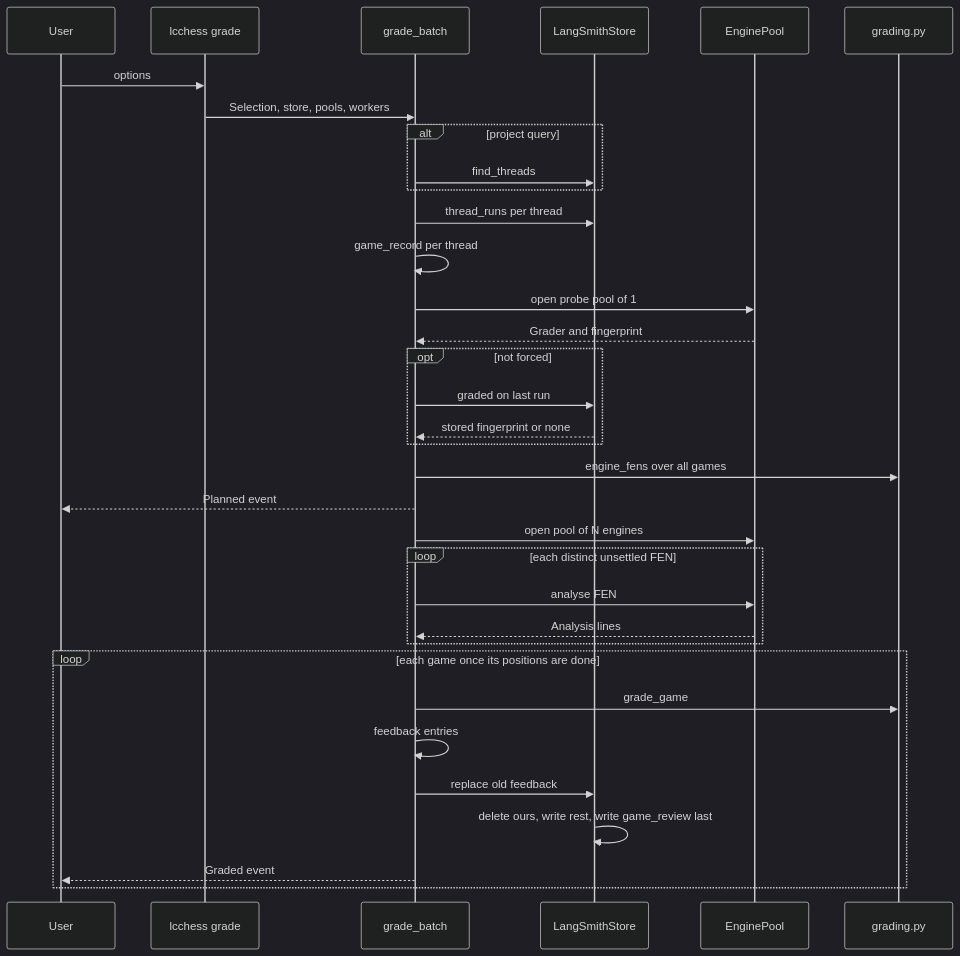
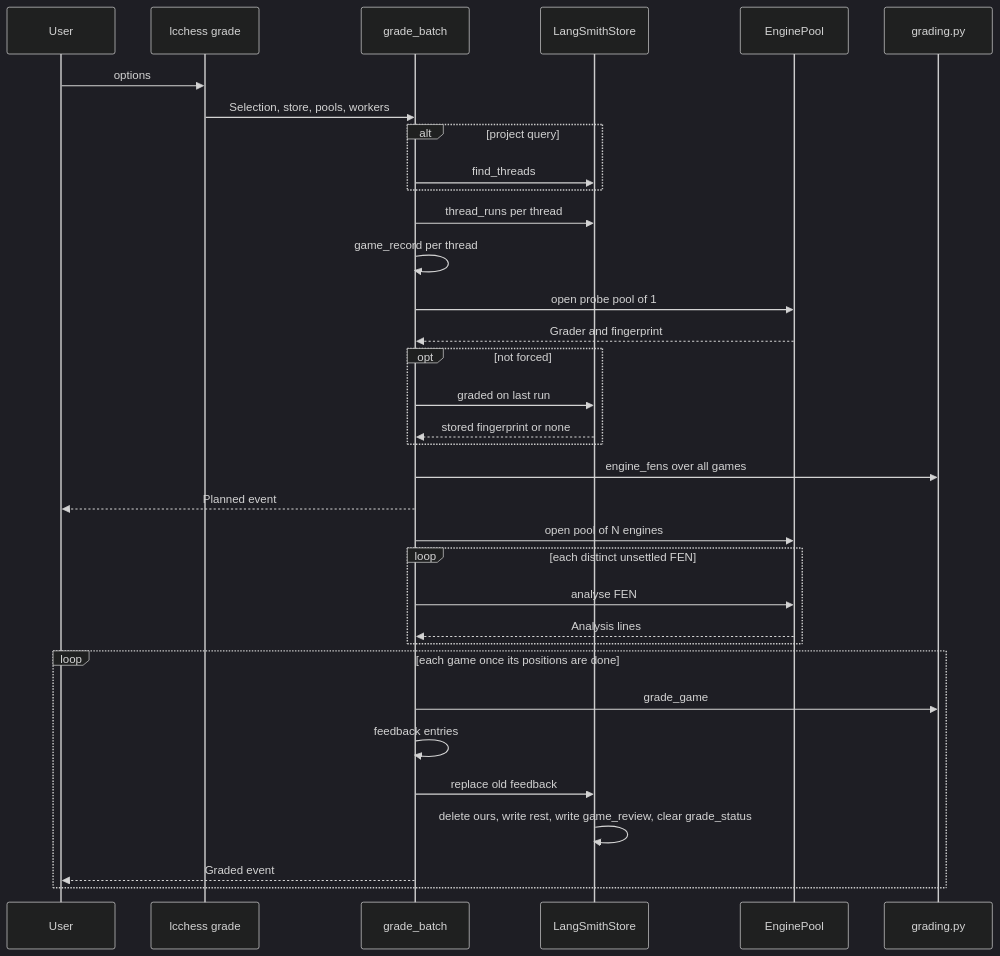
One commit to darieldatoon/langchain-chess changed the first of 2 diagrams in openwiki/workflows/grading-and-review.md. Above: the diagram before and after it, drawn with Mermaid (dark theme). The commit also changed other lines of this file and 48 other files, not shown here.

````diff
--- a/openwiki/workflows/grading-and-review.md
+++ b/openwiki/workflows/grading-and-review.md
@@ -63,36 +79,36 @@
 ```mermaid
 sequenceDiagram
     participant User
     participant Cmd as lcchess grade
     participant Batch as grade_batch
     participant Store as LangSmithStore
     participant Pool as EnginePool
     participant Math as grading.py
     User->>Cmd: options
     Cmd->>Batch: Selection, store, pools, workers
     alt project query
         Batch->>Store: find_threads
     end
     Batch->>Store: thread_runs per thread
     Batch->>Batch: game_record per thread
     Batch->>Pool: open probe pool of 1
     Pool-->>Batch: Grader and fingerprint
     opt not forced
         Batch->>Store: graded on last run
         Store-->>Batch: stored fingerprint or none
     end
     Batch->>Math: engine_fens over all games
     Batch-->>User: Planned event
     Batch->>Pool: open pool of N engines
     loop each distinct unsettled FEN
         Batch->>Pool: analyse FEN
         Pool-->>Batch: Analysis lines
     end
     loop each game once its positions are done
         Batch->>Math: grade_game
         Batch->>Batch: feedback entries
         Batch->>Store: replace old feedback
-        Store->>Store: delete ours, write rest, write game_review last
+        Store->>Store: delete ours, write rest, write game_review, clear grade_status
         Batch-->>User: Graded event
     end
 ```
````
